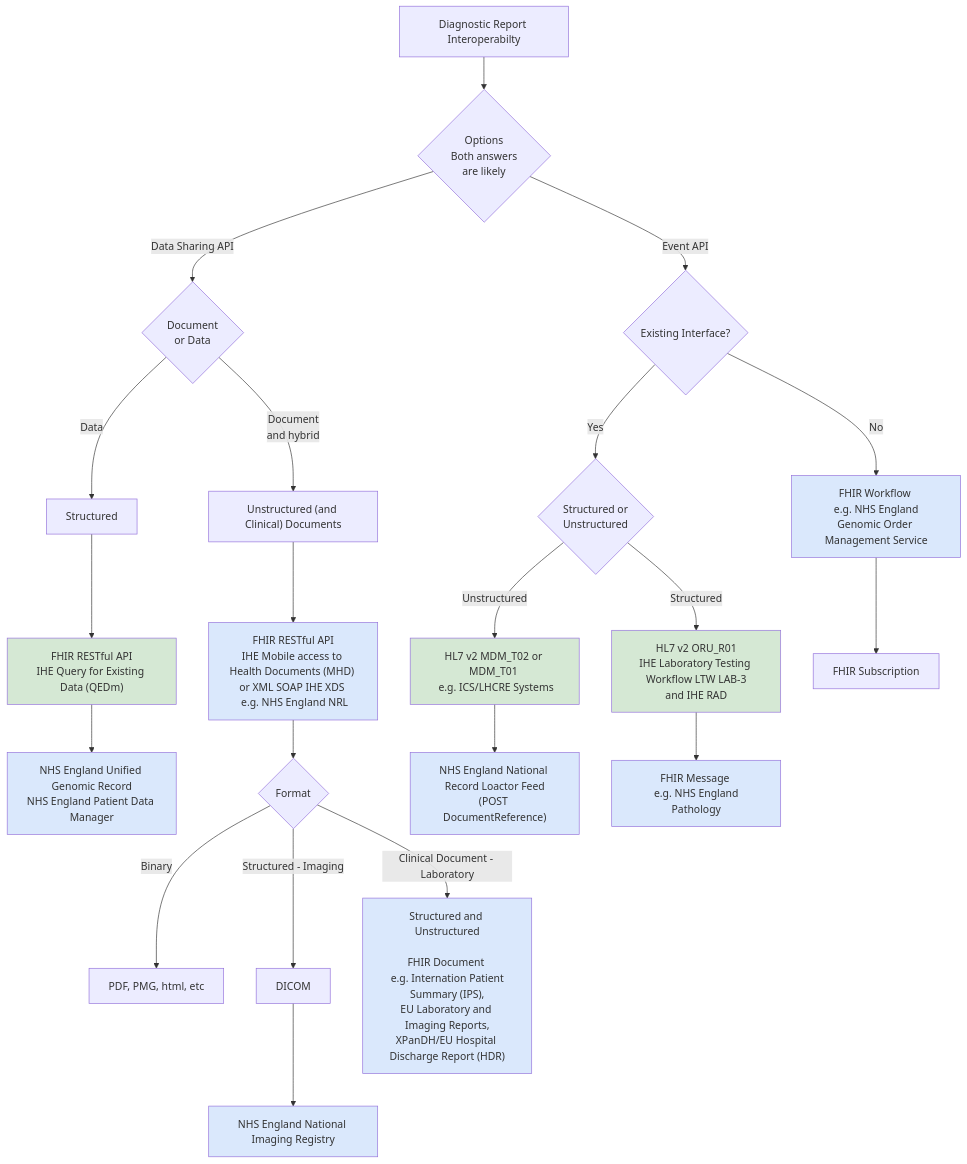
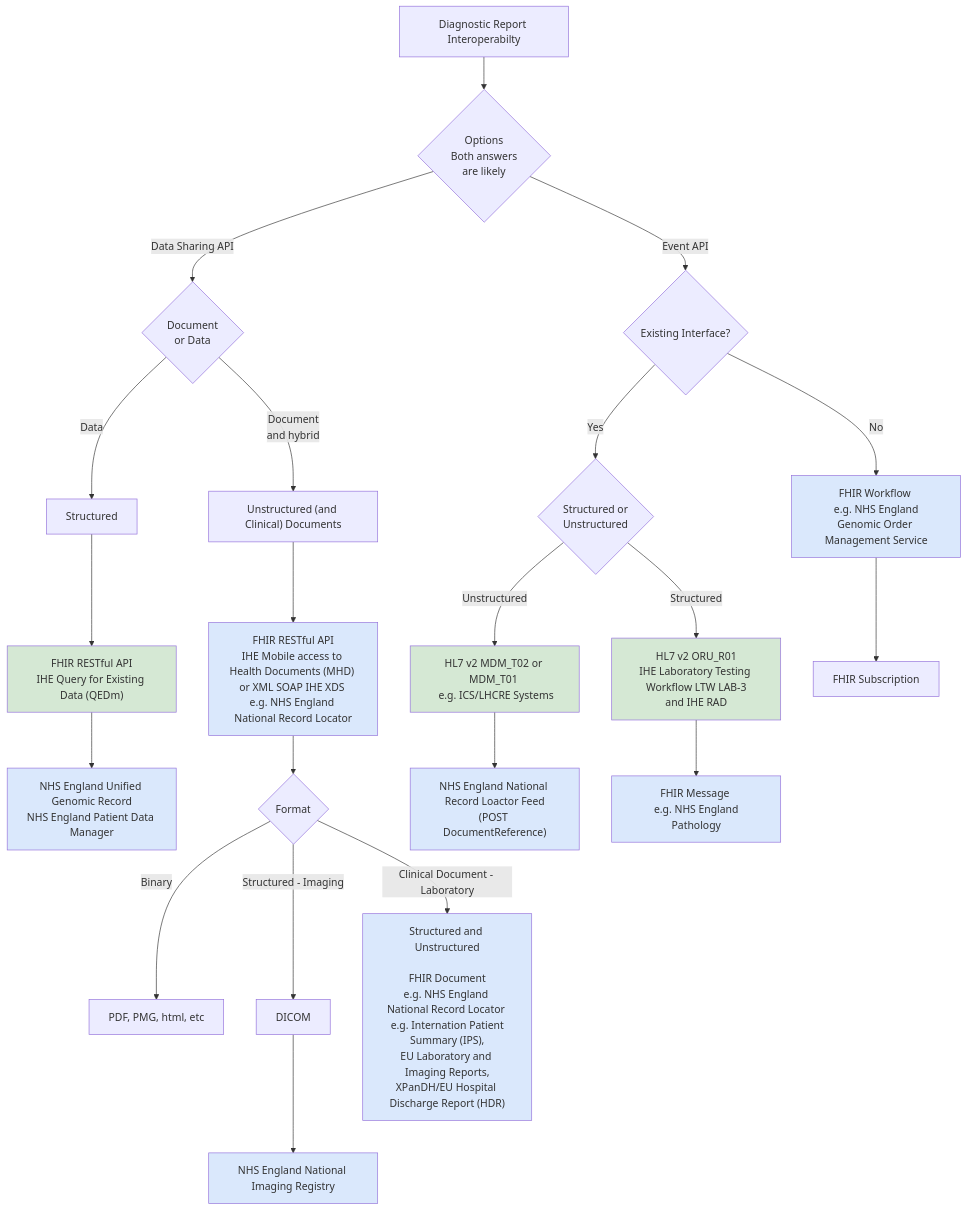
The diagram in input/pagecontent/architecture.md (uk-gov-mirror/nw-gmsa.nw-gmsa.github.com), drawn with Mermaid before and after one commit.

Commit message:
Interoperability options

````diff
--- a/input/pagecontent/architecture.md
+++ b/input/pagecontent/architecture.md
@@ -26,29 +26,29 @@
 ```mermaid
 graph TD
     B[Diagnostic Report Interoperabilty] --> C{"Options <br/>Both answers<br/>are likely"}
     C -->|Event API| D{Existing Interface?}
     C -->|Data Sharing API| E{Document <br/>or Data}
     E --> |Data| Data[Structured]
     E --> |Document<br/>and hybrid| Documents["Unstructured (and Clinical) Documents"]
     Data --> REST["FHIR RESTful API<br/>IHE Query for Existing Data (QEDm)"]
     REST --> UGR[NHS England Unified Genomic Record<br/>NHS England Patient Data Manager]
-    Documents --> XDS["FHIR RESTful API<br/>IHE Mobile access to Health Documents (MHD) <br/>or XML SOAP IHE XDS <br/> e.g. NHS England NRL"]
+    Documents --> XDS["FHIR RESTful API<br/>IHE Mobile access to Health Documents (MHD) <br/>or XML SOAP IHE XDS <br/>e.g. NHS England National Record Locator"]
     XDS --> Format{Format}
     Format --> |Binary| Binary[PDF, PMG, html, etc]
     Format --> |Structured - Imaging| RAD[DICOM]
-    Format --> |Clinical Document - Laboratory| FHIRDocument["Structured and Unstructured<br/><br/>FHIR Document <br/> e.g. Internation Patient Summary (IPS),<br/>EU Laboratory and Imaging Reports,<br/>XPanDH/EU Hospital Discharge Report (HDR)"]  
+    Format --> |Clinical Document - Laboratory| FHIRDocument["Structured and Unstructured<br/><br/>FHIR Document<br/>e.g. NHS England National Record Locator <br/> e.g. Internation Patient Summary (IPS),<br/>EU Laboratory and Imaging Reports,<br/>XPanDH/EU Hospital Discharge Report (HDR)"]  
     D --> |Yes| V2{Structured or<br/>Unstructured} 
     V2 --> |Structured| LTW[HL7 v2 ORU_R01<br/>IHE Laboratory Testing Workflow LTW LAB-3<br/>and IHE RAD]
     V2 --> |Unstructured| MDM[HL7 v2 MDM_T02 or MDM_T01 <br/> e.g. ICS/LHCRE Systems]
     MDM --> NRL["NHS England National Record Loactor Feed<br/>(POST DocumentReference)<br/>"]
     D --> |No| Workflow[FHIR Workflow <br/> e.g. NHS England Genomic Order Management Service]
     Workflow --> PubSub[FHIR Subscription]
     LTW --> Pathology[FHIR Message <br/> e.g. NHS England Pathology]
     RAD --> NIR[NHS England National Imaging Registry]
 
     classDef blue fill:#DAE8FC;
     classDef green fill:#D5E8D4;
 
     class Pathology,UGR,NIR,FHIRDocument,XDS,NRL,Workflow blue
     class LTW,REST,MDM green
 ```
````
